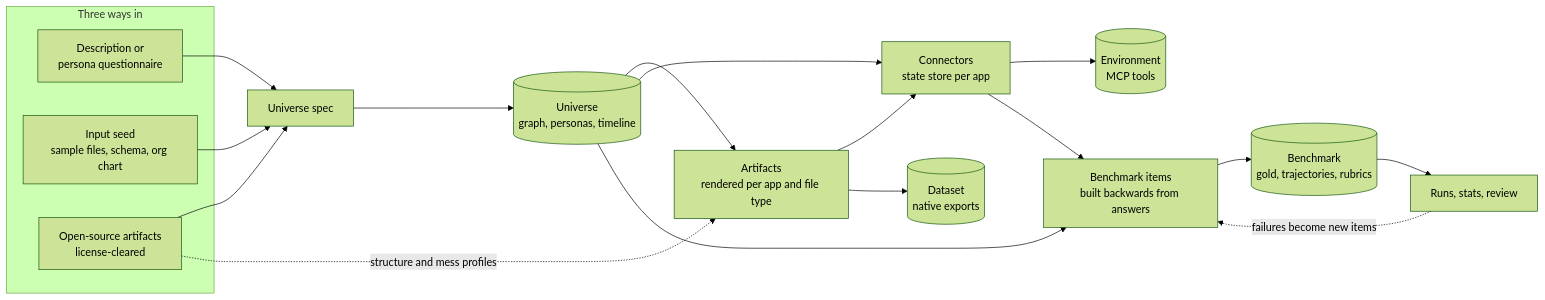
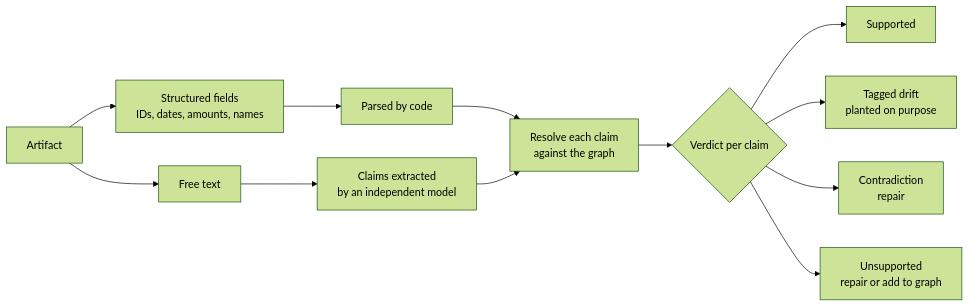
The second of 10 diagrams in README.md (nbdesai1992/orbifex), drawn with Mermaid (forest theme) before and after one commit. The commit also changed other lines of this file and 6 other files, not shown here.

````diff
--- a/README.md
+++ b/README.md
@@ -121,23 +134,14 @@
 ```mermaid
 flowchart LR
-  subgraph IN["Three ways in"]
-    I1["Description or<br/>persona questionnaire"]
-    I2["Input seed<br/>sample files, schema, org chart"]
-    I3["Open-source artifacts<br/>license-cleared"]
-  end
-  I1 --> SPEC["Universe spec"]
-  I2 --> SPEC
-  I3 --> SPEC
-  I3 -. "structure and mess profiles" .-> ART
-  SPEC --> UNI[("Universe<br/>graph, personas, timeline")]
-  UNI --> ART["Artifacts<br/>rendered per app and file type"]
-  UNI --> CON["Connectors<br/>state store per app"]
-  ART --> CON
-  ART --> DS[("Dataset<br/>native exports")]
-  CON --> ENV[("Environment<br/>MCP tools")]
-  UNI --> BEN["Benchmark items<br/>built backwards from answers"]
-  CON --> BEN
-  BEN --> BM[("Benchmark<br/>gold, trajectories, rubrics")]
-  BM --> RUN["Runs, stats, review"]
-  RUN -. "failures become new items" .-> BEN
+  F["Artifact"] --> S["Structured fields<br/>IDs, dates, amounts, names"]
+  F --> T["Free text"]
+  S --> P1["Parsed by code"]
+  T --> P2["Claims extracted<br/>by an independent model"]
+  P1 --> RS["Resolve each claim<br/>against the graph"]
+  P2 --> RS
+  RS --> V{"Verdict per claim"}
+  V --> OK["Supported"]
+  V --> DR["Tagged drift<br/>planted on purpose"]
+  V --> CT["Contradiction<br/>repair"]
+  V --> UN["Unsupported<br/>repair or add to graph"]
 ```
````
